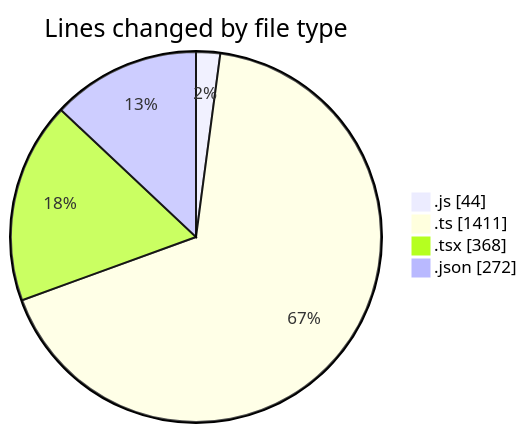
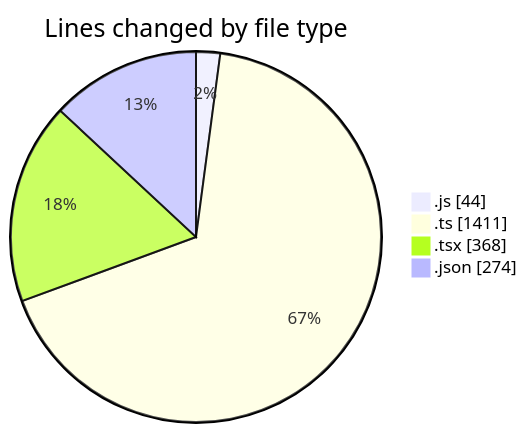
Before and after one commit to EIIisD/code-tracking: the first of 2 diagrams in 2025-07-14/ribbon/README.md, drawn with Mermaid. The commit also changed other lines of this file and 1 other file, not shown here.

````diff
--- a/2025-07-14/ribbon/README.md
+++ b/2025-07-14/ribbon/README.md
@@ -29,8 +29,8 @@
 ```mermaid
 pie showData
 title Lines changed by file type
 ".js" : 44
 ".ts" : 1411
 ".tsx" : 368
-".json" : 272
+".json" : 274
 ```
````
